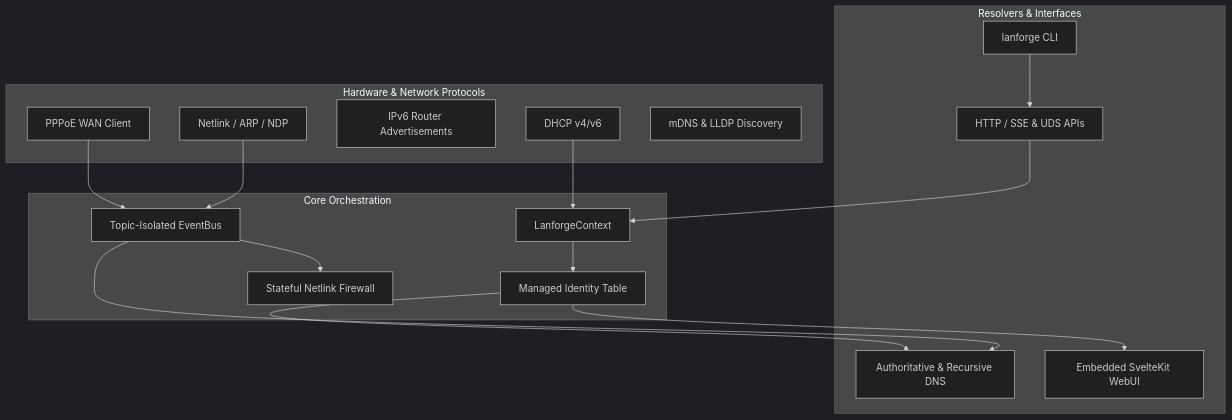
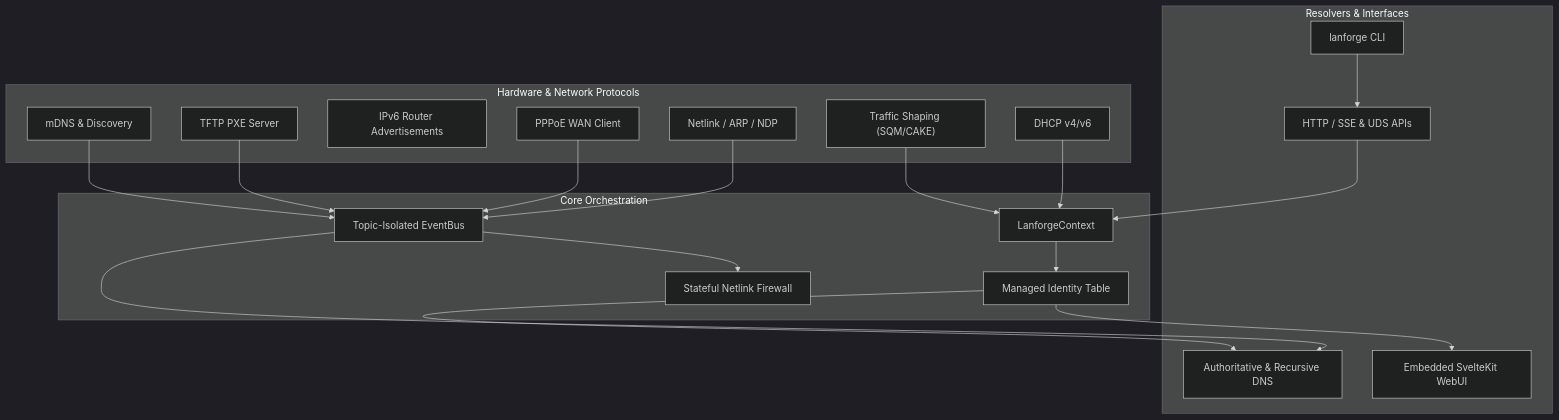
The diagram in README.md (FerrahWolfeh/lanforge), drawn with Mermaid (dark theme) before and after one commit. The commit also changed other lines of this file and 28 other files, not shown here.

Commit message:
docs: align architecture, clean AI artifacts, and prepare repository for public release

````diff
--- a/README.md
+++ b/README.md
@@ -51,35 +62,40 @@
 ```mermaid
 graph TD
     subgraph "Hardware & Network Protocols"
-        Netlink[Netlink / ARP / NDP]
-        DHCP[DHCP v4/v6]
-        RA[IPv6 Router Advertisements]
-        PPPoE[PPPoE WAN Client]
-        mDNS[mDNS & LLDP Discovery]
+        Netlink["Netlink / ARP / NDP"]
+        DHCP["DHCP v4/v6"]
+        RA["IPv6 Router Advertisements"]
+        PPPoE["PPPoE WAN Client"]
+        Traffic["Traffic Shaping (SQM/CAKE)"]
+        TFTP["TFTP PXE Server"]
+        mDNS["mDNS & Discovery"]
     end
 
     subgraph "Core Orchestration"
-        Ctx[LanforgeContext]
-        Bus[Topic-Isolated EventBus]
-        Table[Managed Identity Table]
-        NFT[Stateful Netlink Firewall]
+        Ctx["LanforgeContext"]
+        Bus["Topic-Isolated EventBus"]
+        Table["Managed Identity Table"]
+        NFT["Stateful Netlink Firewall"]
     end
 
     subgraph "Resolvers & Interfaces"
-        DNS[Authoritative & Recursive DNS]
-        WebUI[Embedded SvelteKit WebUI]
-        API[HTTP / SSE & UDS APIs]
-        CLI[lanforge CLI]
+        DNS["Authoritative & Recursive DNS"]
+        WebUI["Embedded SvelteKit WebUI"]
+        API["HTTP / SSE & UDS APIs"]
+        CLI["lanforge CLI"]
     end
 
     Netlink --> Bus
     PPPoE --> Bus
     DHCP --> Ctx
+    Traffic --> Ctx
+    TFTP --> Bus
+    mDNS --> Bus
     Bus --> DNS
     Bus --> NFT
     Ctx --> Table
     Table --> DNS
     Table --> WebUI
     API --> Ctx
     CLI --> API
 ```
````
